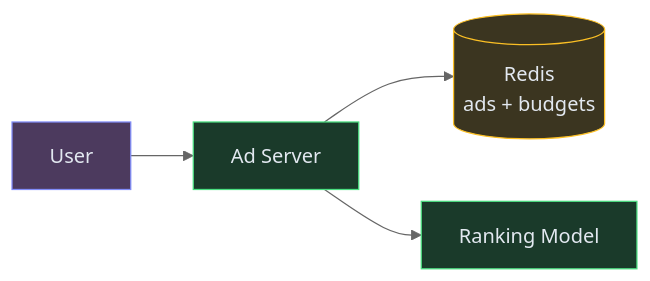
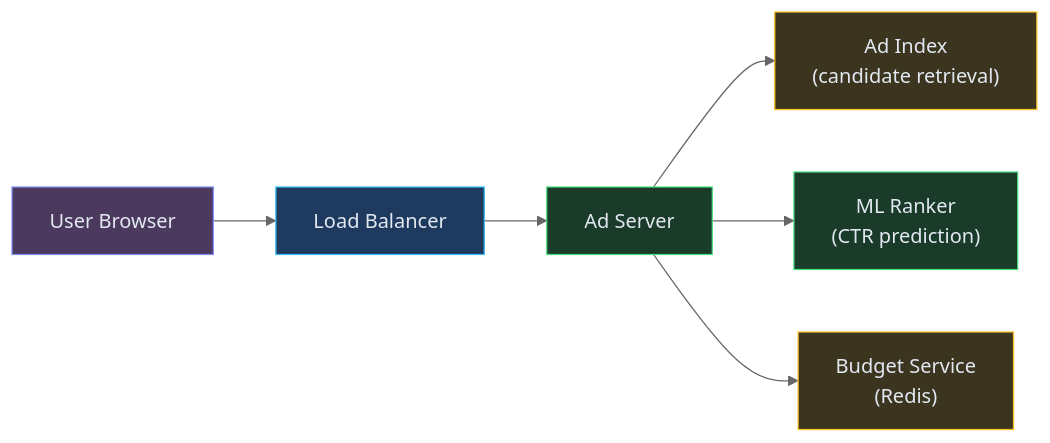
One commit to iluzn/HLD-Designs changed the second of 6 diagrams in content/hld/AdSystem.md. Above: the diagram before and after it, drawn with Mermaid (neutral theme). The commit also changed other lines of this file and 26 other files, not shown here.

````diff
--- a/content/hld/AdSystem.md
+++ b/content/hld/AdSystem.md
@@ -99,15 +161,20 @@
 ```mermaid
 flowchart LR
-    USER["User"]:::client
+    USER["User Browser"]:::client
+    LB["Load Balancer"]:::edge
     ADSERV["Ad Server"]:::service
-    CACHE[("Redis<br/>ads + budgets")]:::data
-    MODEL["Ranking Model"]:::service
+    INDEX["Ad Index<br/>(candidate retrieval)"]:::data
+    ML["ML Ranker<br/>(CTR prediction)"]:::service
+    BUDGET["Budget Service<br/>(Redis)"]:::data
 
-    USER --> ADSERV
-    ADSERV --> CACHE
-    ADSERV --> MODEL
+    USER --> LB
+    LB --> ADSERV
+    ADSERV --> INDEX
+    ADSERV --> ML
+    ADSERV --> BUDGET
 
     classDef client fill:#4c3a5e,stroke:#818cf8,color:#e2e8f0
+    classDef edge fill:#1e3a5f,stroke:#38bdf8,color:#e2e8f0
     classDef service fill:#1a3a2a,stroke:#4ade80,color:#e2e8f0
     classDef data fill:#3b3520,stroke:#fbbf24,color:#e2e8f0
 ```
````
